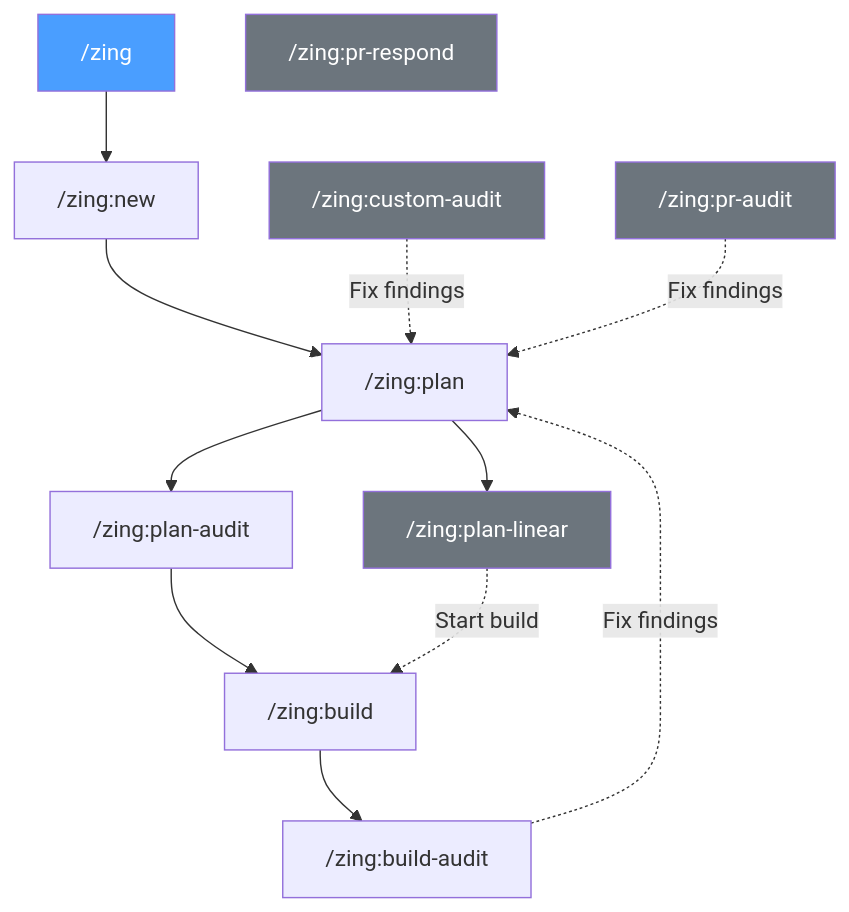
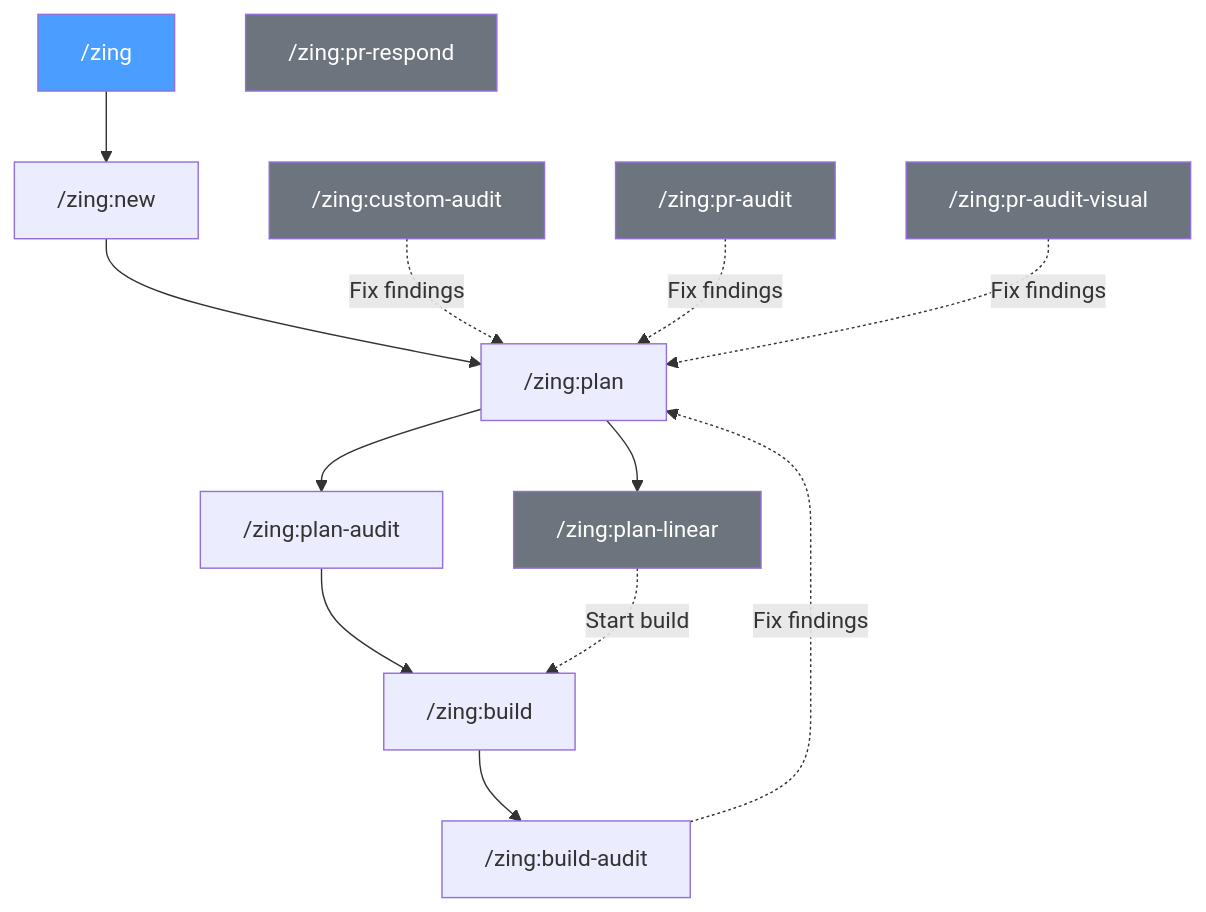
Before and after one commit to Farmer-Pete/Zing: the second of 5 diagrams in README.md, drawn with Mermaid. The commit also changed other lines of this file and 48 other files, not shown here.

First line of the commit message:
Complexity-aware pipeline routing, pr-audit-visual command, install-time templating + config UI (#63)

````diff
--- a/README.md
+++ b/README.md
@@ -259,23 +263,25 @@
 ```mermaid
 flowchart TD
     zing["/zing"] --> new["/zing:new"]
     new --> plan["/zing:plan"]
     plan --> planaudit["/zing:plan-audit"]
     planaudit --> build["/zing:build"]
     build --> buildaudit["/zing:build-audit"]
 
     plan --> planlinear["/zing:plan-linear"]
     planlinear -.->|"Start build"| build
 
     buildaudit -.->|"Fix findings"| plan
     customaudit["/zing:custom-audit"] -.->|"Fix findings"| plan
     praudit["/zing:pr-audit"] -.->|"Fix findings"| plan
+    praudivisual["/zing:pr-audit-visual"] -.->|"Fix findings"| plan
 
     prrespond["/zing:pr-respond"]
 
     style zing fill:#4a9eff,color:#fff
     style prrespond fill:#6c757d,color:#fff
     style customaudit fill:#6c757d,color:#fff
     style praudit fill:#6c757d,color:#fff
+    style praudivisual fill:#6c757d,color:#fff
     style planlinear fill:#6c757d,color:#fff
 ```
````
